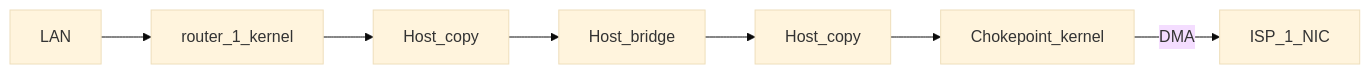
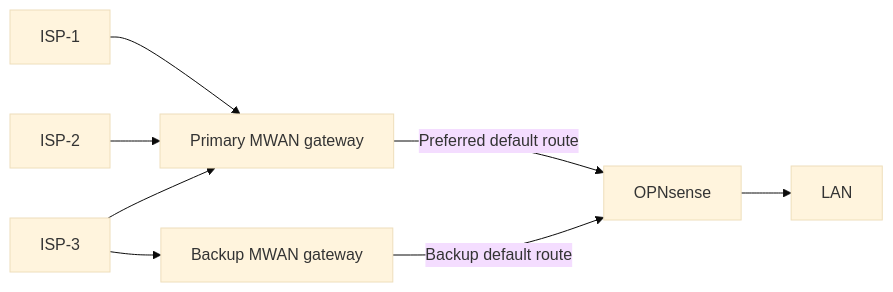
The diagram in docs/mwan.md (agoodkind/mwan), drawn with Mermaid (base theme) before and after one commit. The commit also changed other lines of this file and 3 other files, not shown here.

First line of the commit message:
Rewrite MWAN architecture and performance documentation (#50)

````diff
--- a/docs/mwan.md
+++ b/docs/mwan.md
@@ -458,16 +27,10 @@
 ```mermaid
 flowchart LR
-  lan[LAN]
-  r1[router_1_kernel]
-  copy1[Host_copy]
-  br[Host_bridge]
-  copy2[Host_copy]
-  mwan[Chokepoint_kernel]
-  nic[ISP_1_NIC]
-  lan --> r1
-  r1 --> copy1
-  copy1 --> br
-  br --> copy2
-  copy2 --> mwan
-  mwan -->|DMA| nic
+  isp1[ISP-1] --> primary[Primary MWAN gateway]
+  isp2[ISP-2] --> primary
+  isp3[ISP-3] --> primary
+  isp3 --> fallback[Backup MWAN gateway]
+  primary -->|Preferred default route| router[OPNsense]
+  fallback -->|Backup default route| router
+  router --> lan[LAN]
 ```
````
